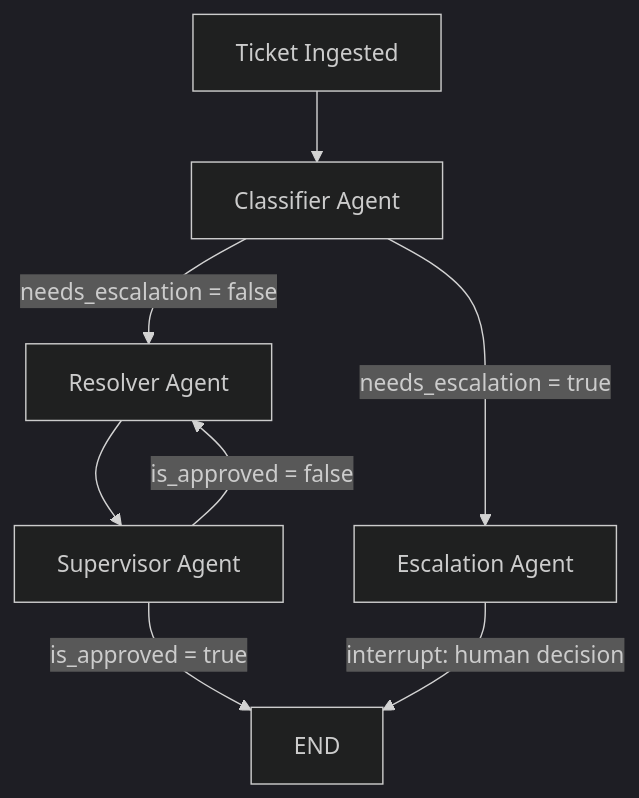
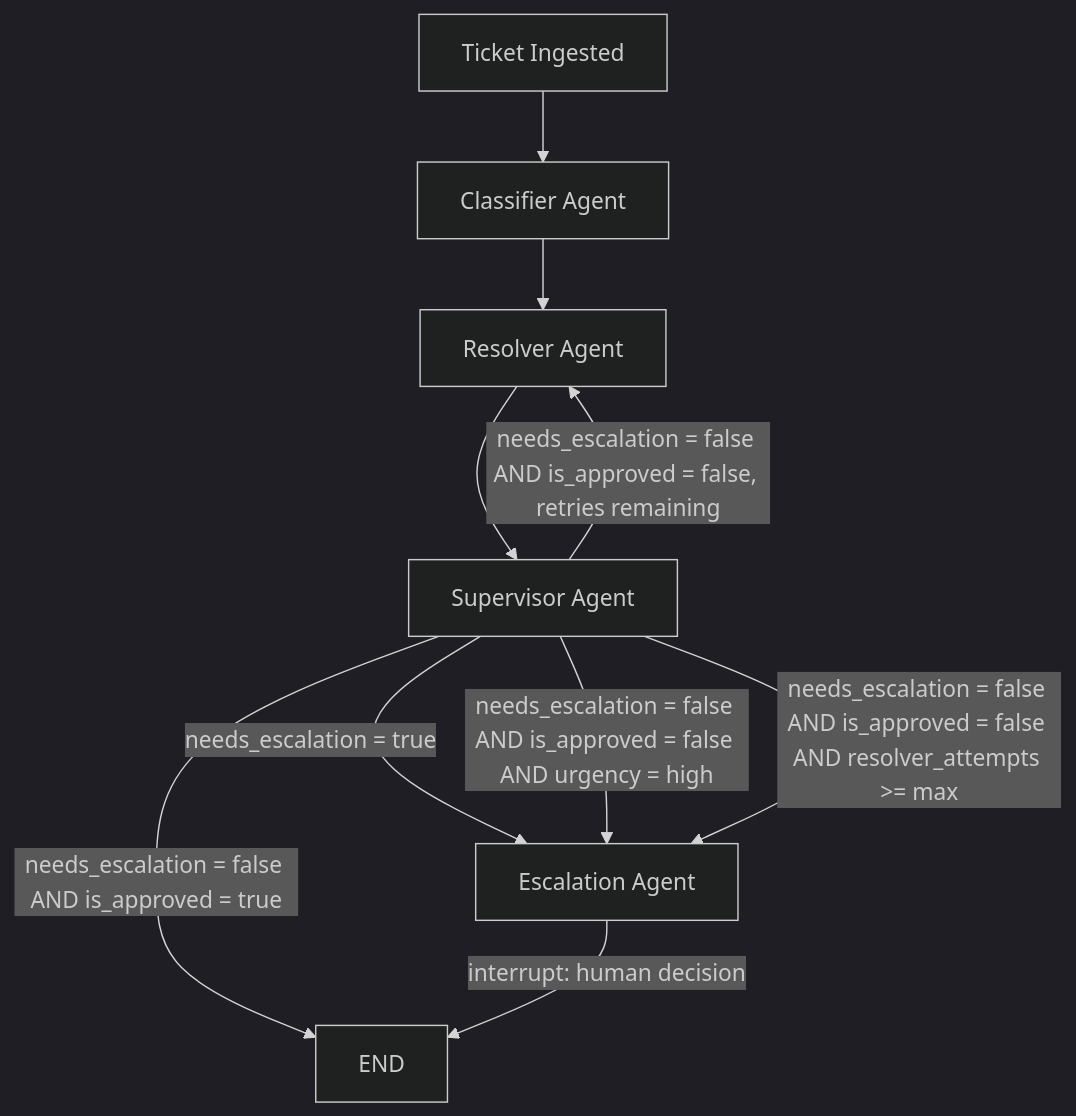
The diagram in starter/agentic/design/graph TD.mmd (ssoulistic/UDA-Hub), drawn with Mermaid (dark theme) before and after one commit.

Commit message:
📝 구조 문서 통일

```diff
--- a/starter/agentic/design/graph TD.mmd
+++ b/starter/agentic/design/graph TD.mmd
@@ -1,8 +1,10 @@
 graph TD
     A[Ticket Ingested] --> B[Classifier Agent]
-    B -->|needs_escalation = false| C[Resolver Agent]
-    B -->|needs_escalation = true| E[Escalation Agent]
+    B --> C[Resolver Agent]
     C --> D[Supervisor Agent]
-    D -->|is_approved = true| F[END]
-    D -->|is_approved = false| C
+    D -->|needs_escalation = true| E[Escalation Agent]
+    D -->|needs_escalation = false AND is_approved = true| F[END]
+    D -->|needs_escalation = false AND is_approved = false AND urgency = high| E
+    D -->|needs_escalation = false AND is_approved = false AND resolver_attempts >= max| E
+    D -->|needs_escalation = false AND is_approved = false, retries remaining| C
     E -->|interrupt: human decision| F
```
